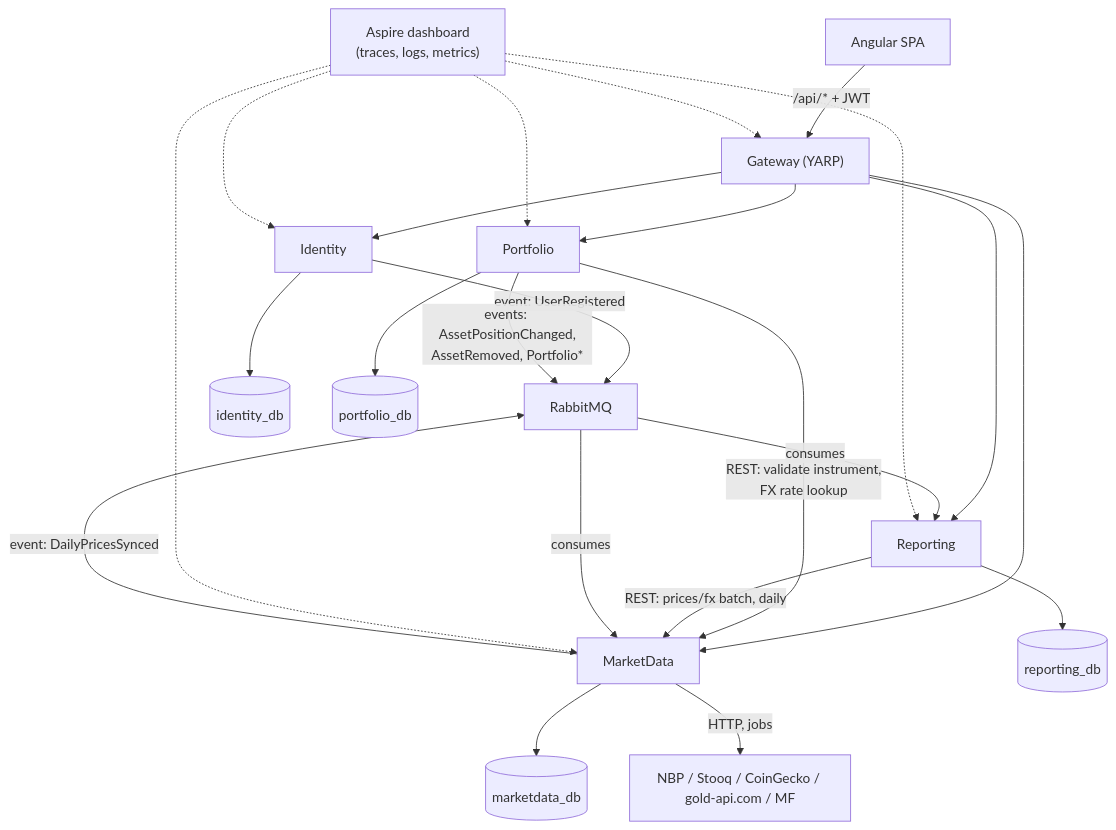
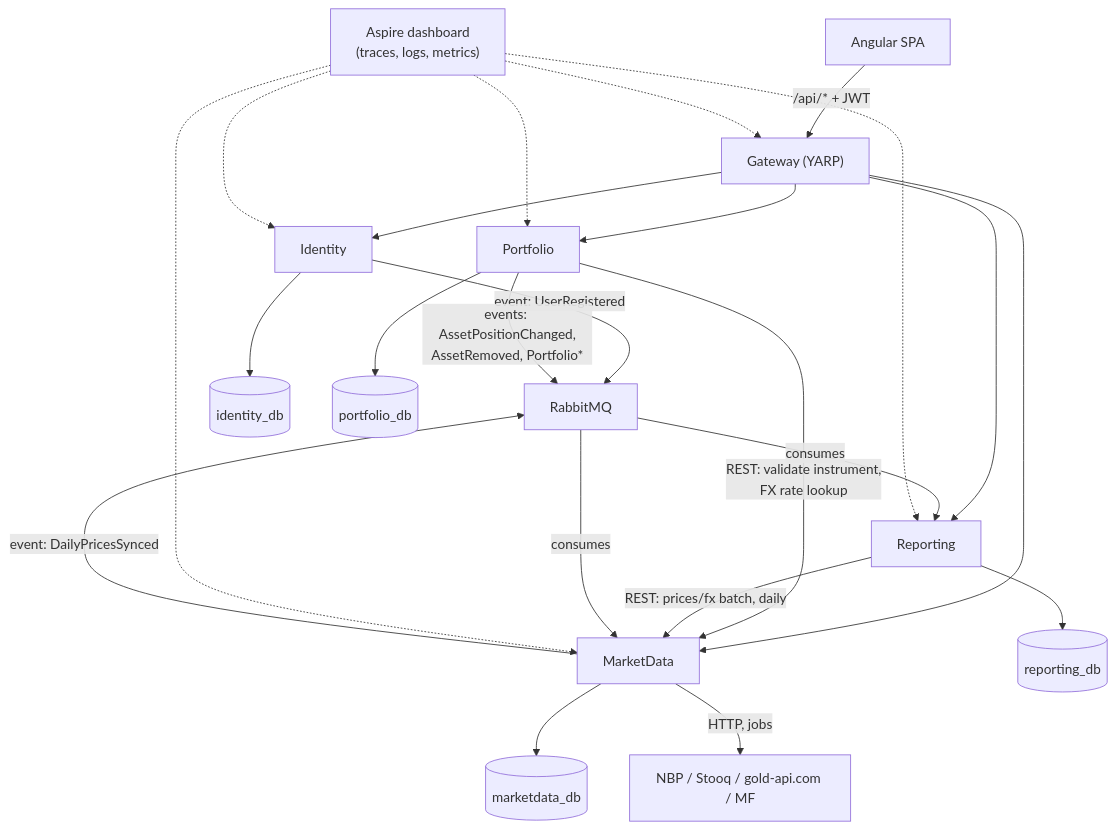
One commit to Maliniak93/FinMel changed the second of 7 diagrams in skarbiec-plan/architecture.md. Above: the diagram before and after it, drawn with Mermaid. The commit also changed other lines of this file and 124 other files, not shown here.

````diff
--- a/skarbiec-plan/architecture.md
+++ b/skarbiec-plan/architecture.md
@@ -81,27 +79,27 @@
 ```mermaid
 flowchart TB
     SPA["Angular SPA"] -->|"/api/* + JWT"| GW["Gateway (YARP)"]
     GW --> ID["Identity"]
     GW --> PF["Portfolio"]
     GW --> MD["MarketData"]
     GW --> RP["Reporting"]
 
     PF -->|"REST: validate instrument,<br/>FX rate lookup"| MD
     RP -->|"REST: prices/fx batch, daily"| MD
 
     ID -->|"event: UserRegistered"| MQ["RabbitMQ"]
     PF -->|"events: AssetPositionChanged,<br/>AssetRemoved, Portfolio*"| MQ
     MD -->|"event: DailyPricesSynced"| MQ
     MQ -->|consumes| MD
     MQ -->|consumes| RP
 
     ID --> IDB[("identity_db")]
     PF --> PDB[("portfolio_db")]
     MD --> MDB[("marketdata_db")]
     RP --> RDB[("reporting_db")]
 
-    MD -->|"HTTP, jobs"| EXT["NBP / Stooq / CoinGecko / gold-api.com / MF"]
+    MD -->|"HTTP, jobs"| EXT["NBP / Stooq / gold-api.com / MF"]
 
     ASPIRE["Aspire dashboard<br/>(traces, logs, metrics)"]
     ASPIRE -.-> GW & ID & PF & MD & RP
 ```
````
